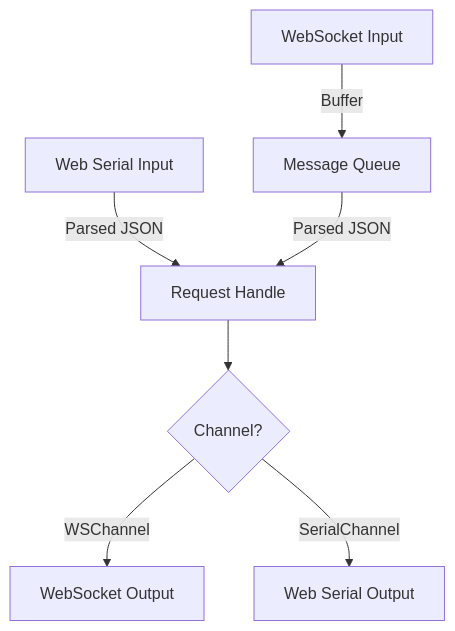
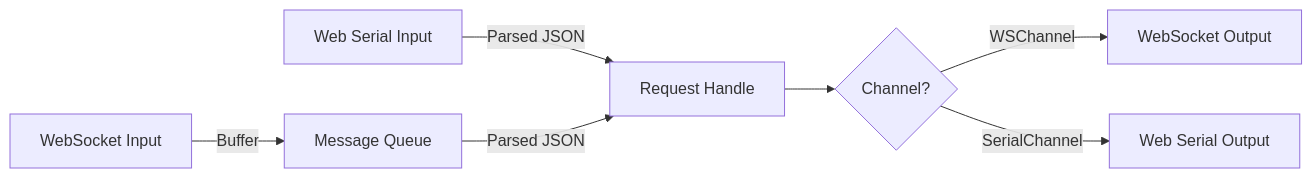
One commit to weisrc/project-wrover changed the fifth of 10 diagrams in README.md. Above: the diagram before and after it, drawn with Mermaid. The commit also changed other lines of this file, not shown here.

````diff
--- a/README.md
+++ b/README.md
@@ -231,17 +460,17 @@
 ```mermaid
-flowchart TD
+flowchart LR
     webserial_in[Web Serial Input]
     websocket_in[WebSocket Input]
     webserial_out[Web Serial Output]
     websocket_out[WebSocket Output]
     handle[Request Handle]
     queue[Message Queue]
 
     websocket_in -->|Buffer| queue
     webserial_in -->|Parsed JSON| handle
 
     queue -->|Parsed JSON| handle
     handle --> pivot{Channel?}
     pivot -->|WSChannel| websocket_out
     pivot -->|SerialChannel| webserial_out
 ```
````
